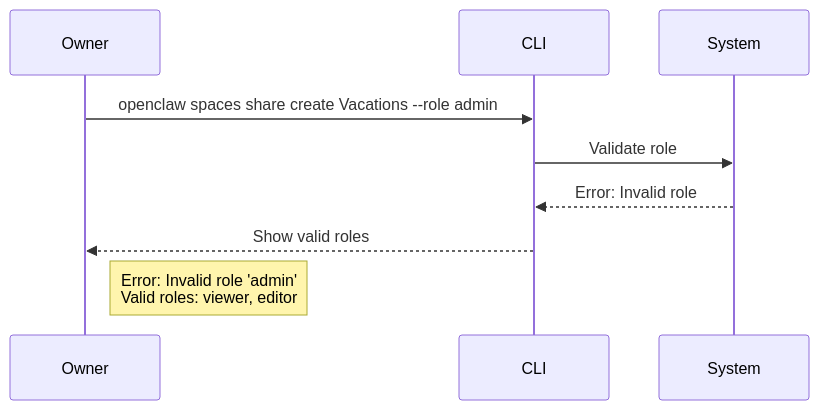
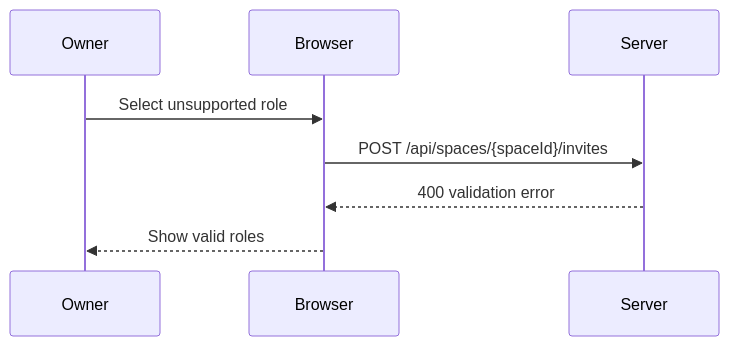
The third of 4 diagrams in docs/flows/02-share-space.md (jchadwick/ai-spaces), drawn with Mermaid before and after one commit. The commit also changed other lines of this file and 21 other files, not shown here.

````diff
--- a/docs/flows/02-share-space.md
+++ b/docs/flows/02-share-space.md
@@ -54,12 +52,11 @@
 ```mermaid
 sequenceDiagram
     participant Owner
-    participant CLI
-    participant System
-    
-    Owner->>CLI: openclaw spaces share create Vacations --role admin
-    CLI->>System: Validate role
-    System-->>CLI: Error: Invalid role
-    CLI-->>Owner: Show valid roles
-    Note right of Owner: Error: Invalid role 'admin'<br/>Valid roles: viewer, editor
+    participant Browser
+    participant Server
+
+    Owner->>Browser: Select unsupported role
+    Browser->>Server: POST /api/spaces/{spaceId}/invites
+    Server-->>Browser: 400 validation error
+    Browser-->>Owner: Show valid roles
 ```
````
